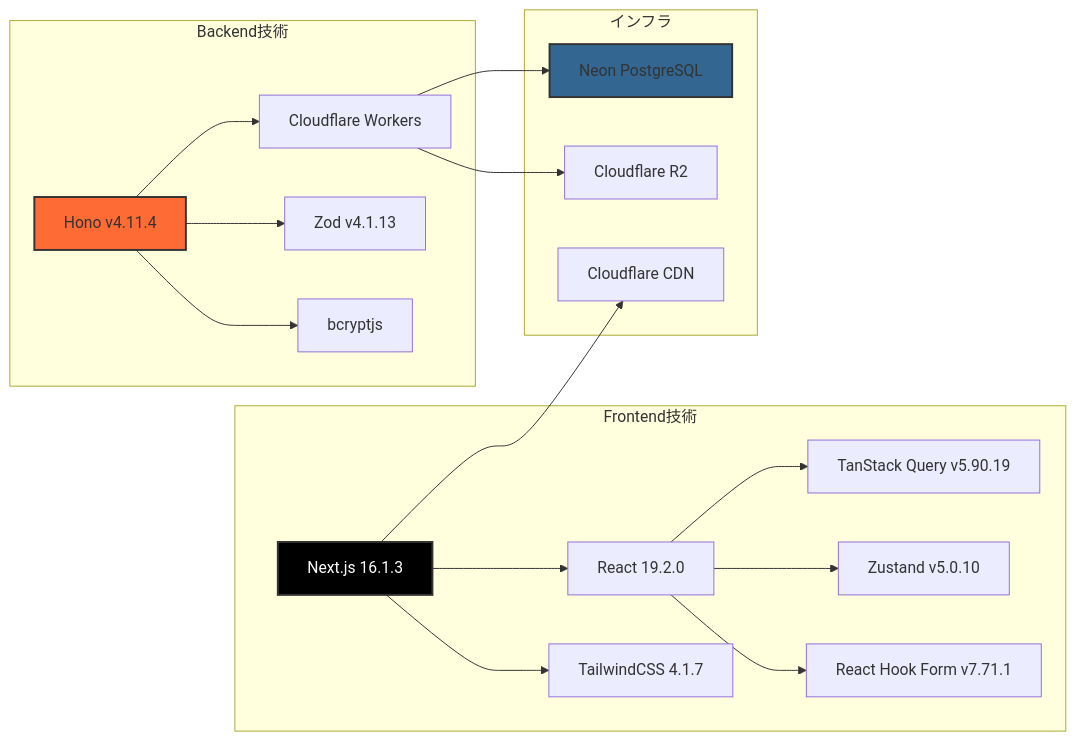
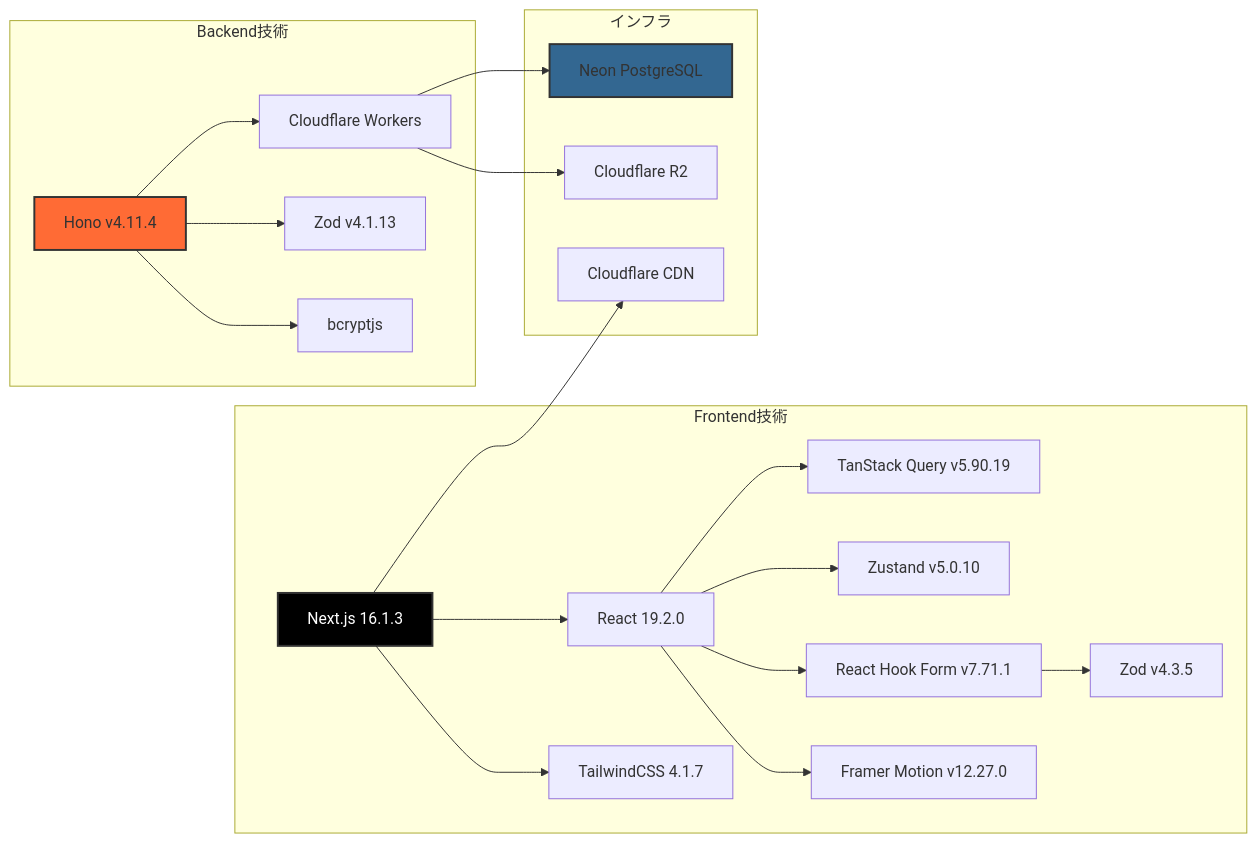
One commit to ProjectEuropa/Europa changed the fourth of 4 diagrams in readme.md. Above: the diagram before and after it, drawn with Mermaid.

Commit message:
docs: READMEを更新

````diff
--- a/readme.md
+++ b/readme.md
@@ -296,42 +296,46 @@
 ```mermaid
 graph LR
     subgraph "Frontend技術"
         NextJS[Next.js 16.1.3]
         React[React 19.2.0]
         TailwindCSS[TailwindCSS 4.1.7]
         TanStack[TanStack Query v5.90.19]
         Zustand[Zustand v5.0.10]
         RHF[React Hook Form v7.71.1]
+        ZodFE[Zod v4.3.5]
+        Framer[Framer Motion v12.27.0]
     end
 
     subgraph "Backend技術"
         Hono[Hono v4.11.4]
         Workers[Cloudflare Workers]
         Zod[Zod v4.1.13]
         Bcrypt[bcryptjs]
     end
 
     subgraph "インフラ"
         Neon[Neon PostgreSQL]
         R2[Cloudflare R2]
         CF[Cloudflare CDN]
     end
 
     NextJS --> React
     NextJS --> TailwindCSS
     React --> TanStack
     React --> Zustand
     React --> RHF
+    RHF --> ZodFE
+    React --> Framer
 
     Hono --> Workers
     Hono --> Zod
     Hono --> Bcrypt
 
     Workers --> Neon
     Workers --> R2
     NextJS --> CF
 
     style NextJS fill:#000,color:#fff,stroke:#333,stroke-width:2px
     style Hono fill:#ff6b35,stroke:#333,stroke-width:2px
     style Neon fill:#336791,stroke:#333,stroke-width:2px
 ```
````
